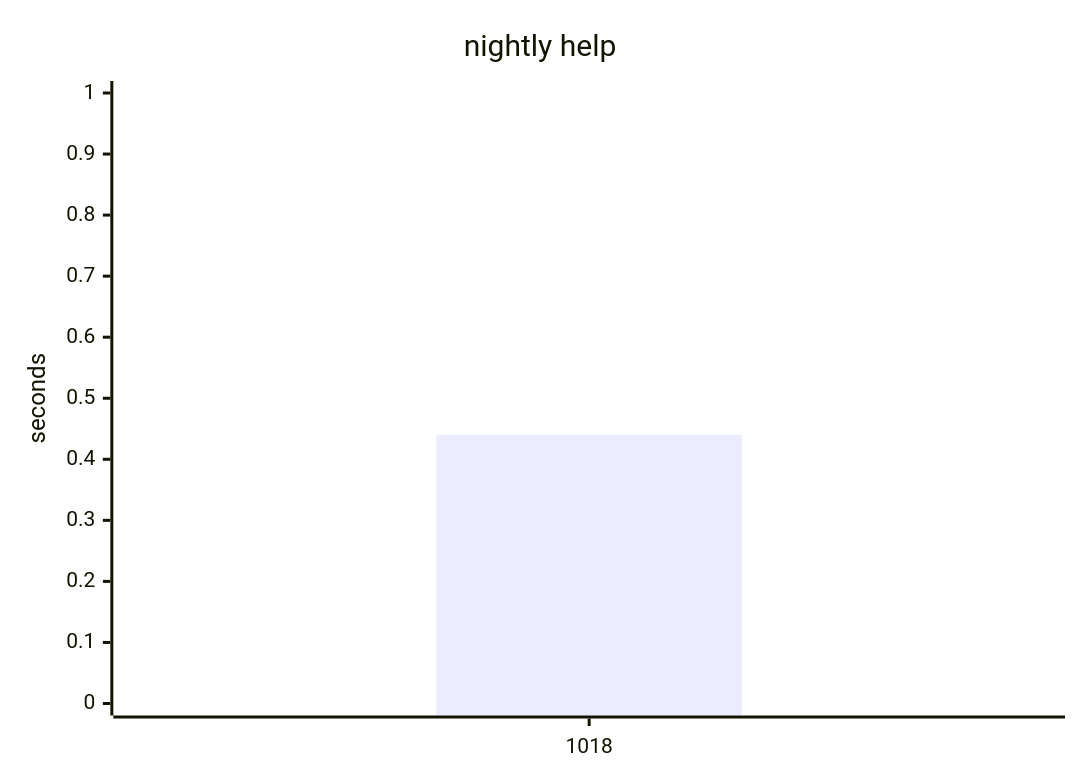
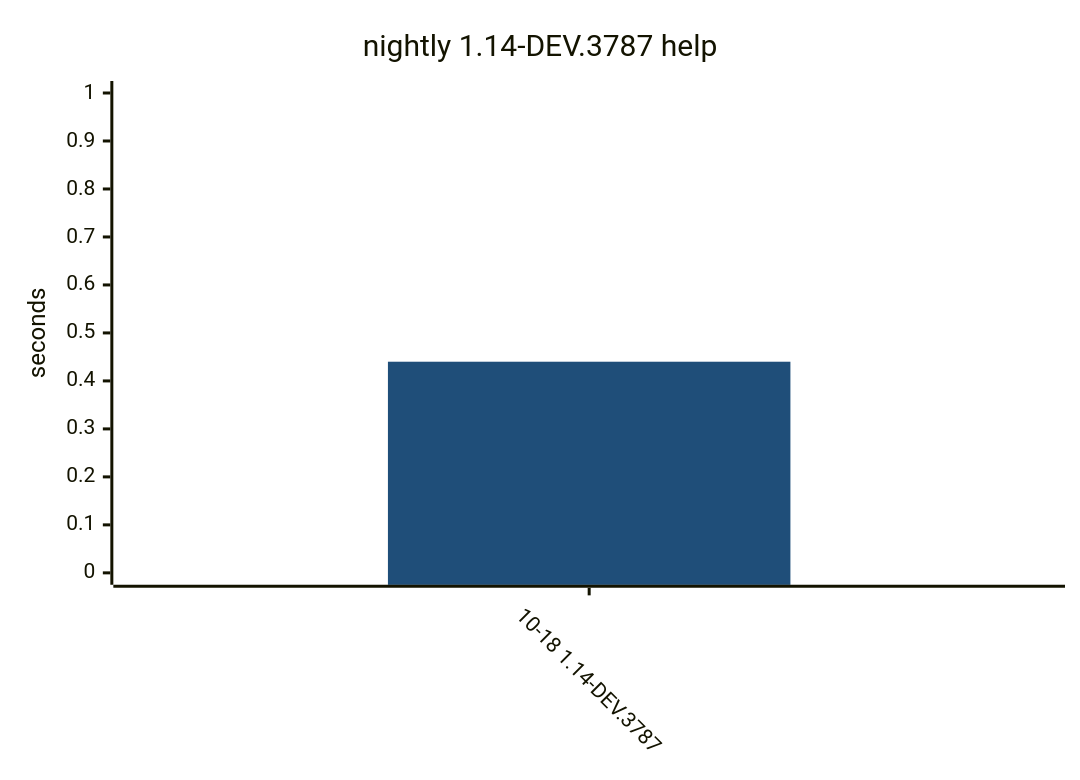
The ninth of 12 diagrams in README.md (yamanori99/DistSSHKit.jl), drawn with Mermaid before and after one commit. The commit also changed other lines of this file and 1 other file, not shown here.

Commit message:
Record compile bench for 1.14-nightly.

````diff
--- a/README.md
+++ b/README.md
@@ -222,7 +302,17 @@
 ```mermaid
+---
+config:
+  theme: base
+  themeVariables:
+    xyChart:
+      plotColorPalette: "#1f4e79"
+  xyChart:
+    xAxis:
+      labelRotation: 45
+---
 xychart-beta
-    title "nightly help"
-    x-axis ["1018"]
+    title "nightly 1.14-DEV.3787 help"
+    x-axis ["10-18 1.14-DEV.3787"]
     y-axis "seconds" 0 --> 1
     bar [0.44]
 ```
````
